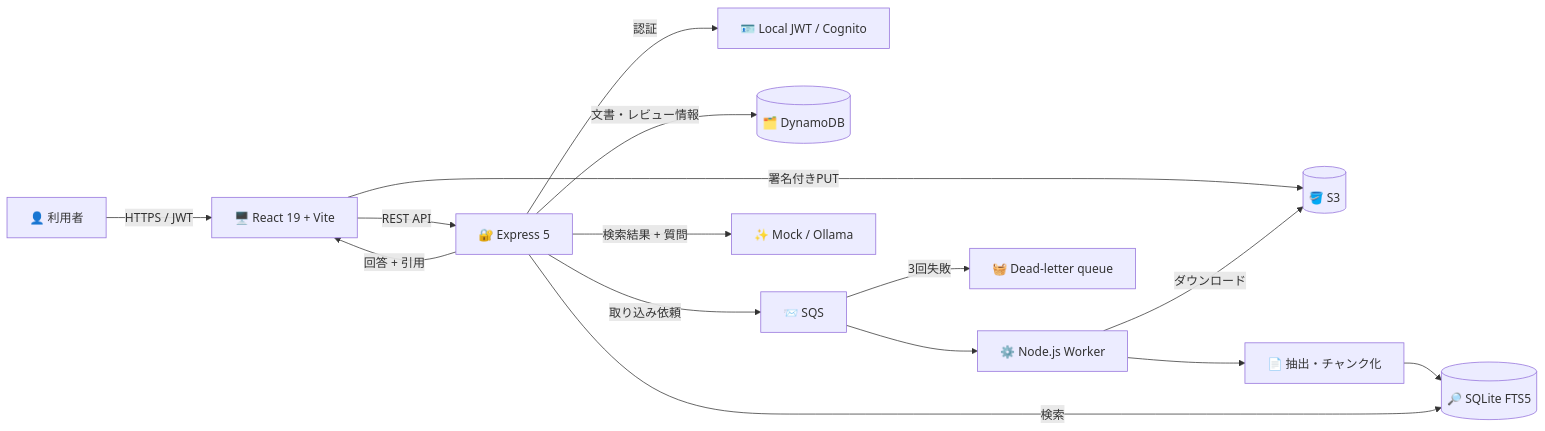
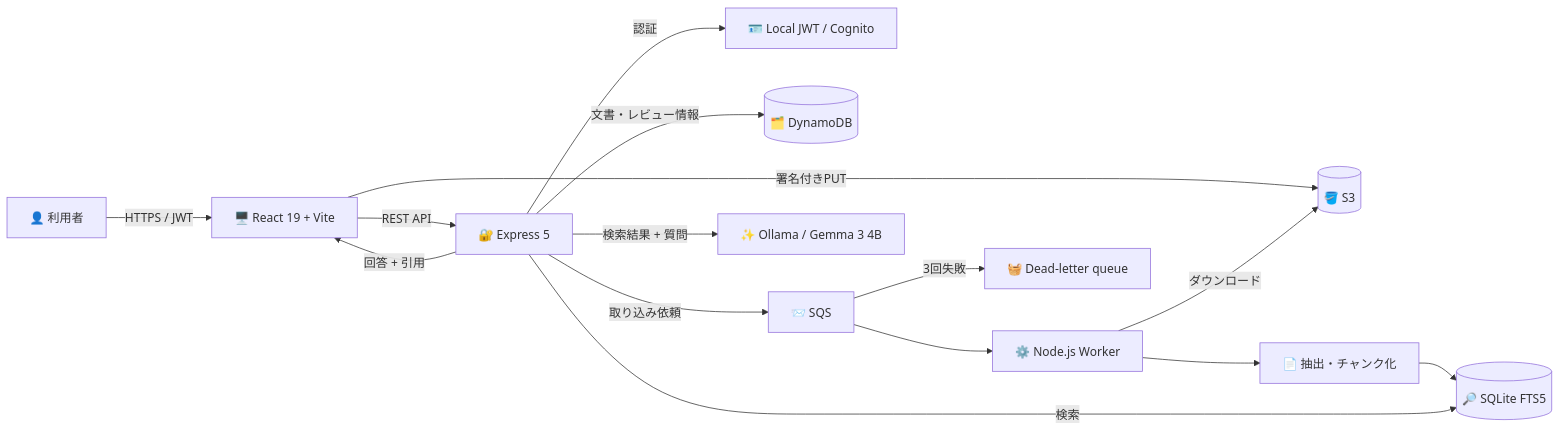
The first of 5 diagrams in docs/architecture.md (kamn-sap/ai-manufacturing-poc), drawn with Mermaid before and after one commit. The commit also changed other lines of this file and 13 other files, not shown here.

````diff
--- a/docs/architecture.md
+++ b/docs/architecture.md
@@ -7,17 +7,17 @@
 ```mermaid
 flowchart LR
     U[👤 利用者] -->|HTTPS / JWT| FE[🖥️ React 19 + Vite]
     FE -->|REST API| API[🔐 Express 5]
     API -->|認証| AUTH[🪪 Local JWT / Cognito]
     API -->|文書・レビュー情報| DDB[(🗂️ DynamoDB)]
     FE -->|署名付きPUT| S3[(🪣 S3)]
     API -->|取り込み依頼| SQS[📨 SQS]
     SQS --> WORKER[⚙️ Node.js Worker]
     SQS -->|3回失敗| DLQ[🧺 Dead-letter queue]
     WORKER -->|ダウンロード| S3
     WORKER --> EXTRACT[📄 抽出・チャンク化]
     EXTRACT --> FTS[(🔎 SQLite FTS5)]
     API -->|検索| FTS
-    API -->|検索結果 + 質問| LLM[✨ Mock / Ollama]
+    API -->|検索結果 + 質問| LLM[✨ Ollama / Gemma 3 4B]
     API -->|回答 + 引用| FE
 ```
````
